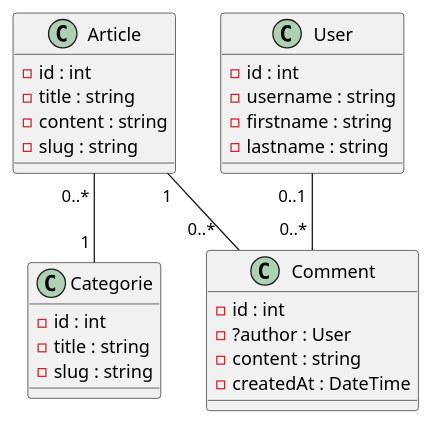
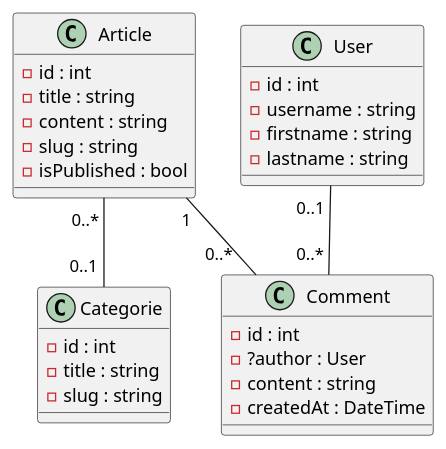
One commit to ThabussTeo/blog changed the diagram in documentation/diagram.puml. Above: the diagram before and after it, drawn with PlantUML.

Commit message:
Corrected diagram.puml

```diff
--- a/documentation/diagram.puml
+++ b/documentation/diagram.puml
@@ -1,42 +1,43 @@
 @startuml
 
 class Article {
 
     -id : int
     -title : string
     -content : string
     -slug : string
+    -isPublished : bool
 
 }
 
 class Categorie {
 
     -id : int
     -title : string
     -slug : string
 
 }
 
 class Comment {
 
     -id : int
     -?author : User
     -content : string
     -createdAt : DateTime
 
 }
 
 class User {
 
     -id : int
     -username : string
     -firstname : string
     -lastname : string
 
 }
 
-Article "0..* " -- "1 " Categorie
+Article "0..* " -- "0..1 " Categorie
 Article "1 " -- "0..*   " Comment
 User "0..1 " -- "0..* " Comment
 
 @enduml
```
